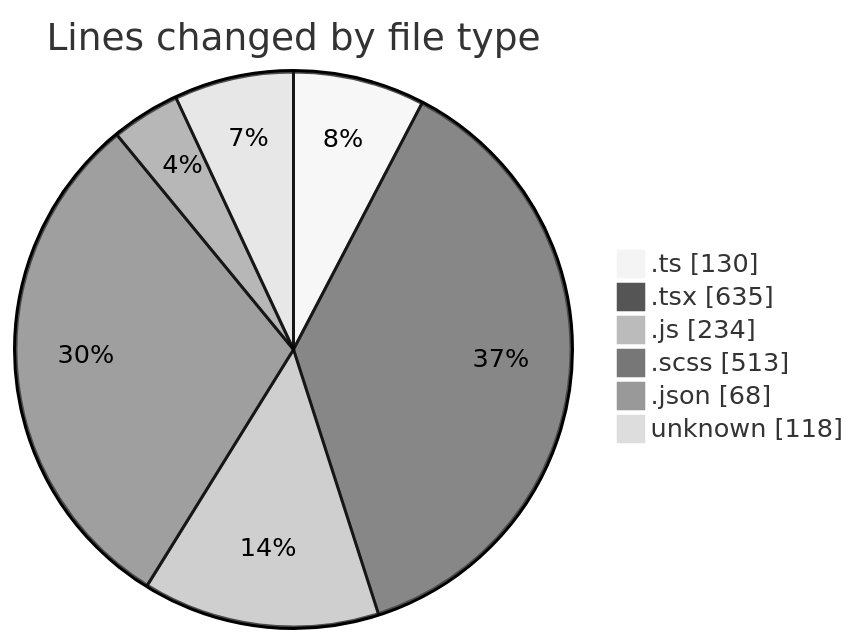
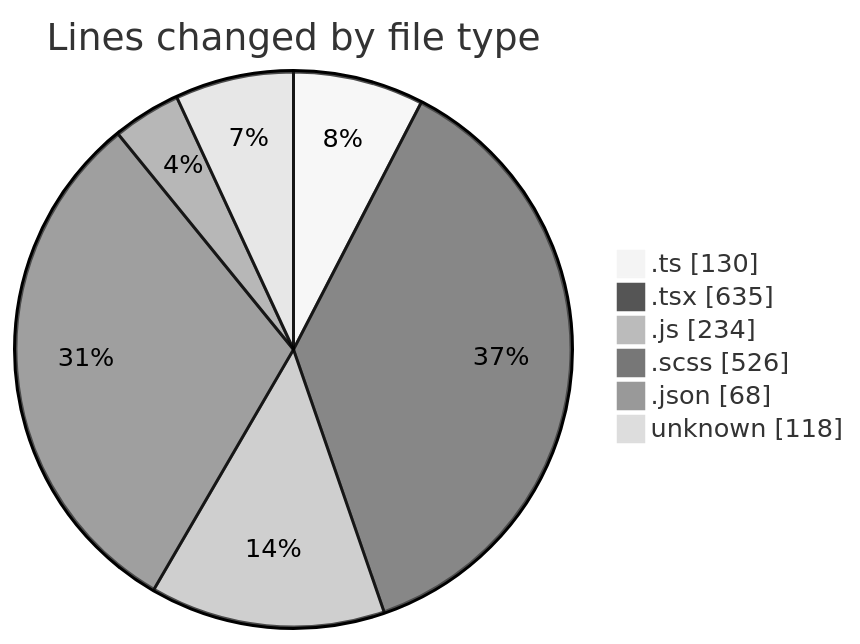
The first of 2 diagrams in 2026-05-08/cda/README.md (momahboobian/code-tracking), drawn with Mermaid (neutral theme) before and after one commit. The commit also changed other lines of this file and 1 other file, not shown here.

````diff
--- a/2026-05-08/cda/README.md
+++ b/2026-05-08/cda/README.md
@@ -38,10 +38,10 @@
 ```mermaid
 pie showData
 title Lines changed by file type
 ".ts" : 130
 ".tsx" : 635
 ".js" : 234
-".scss" : 513
+".scss" : 526
 ".json" : 68
 "unknown" : 118
 ```
````
